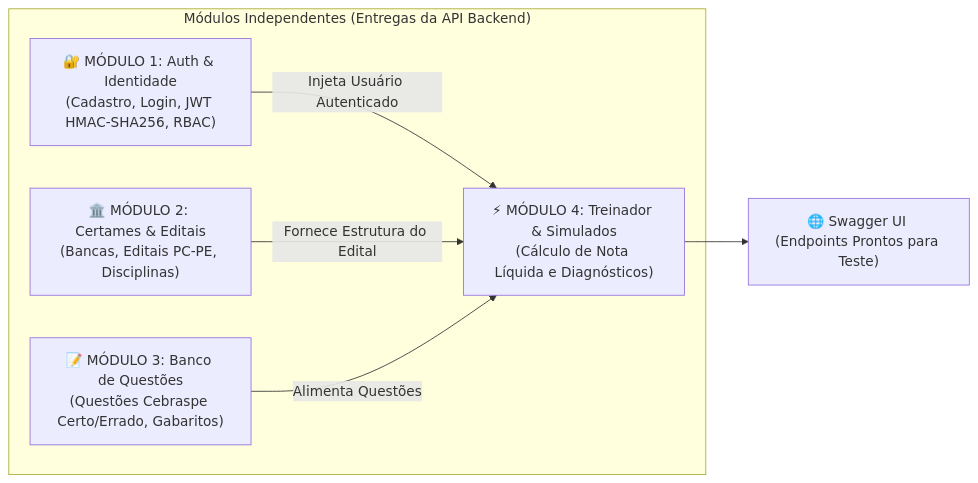
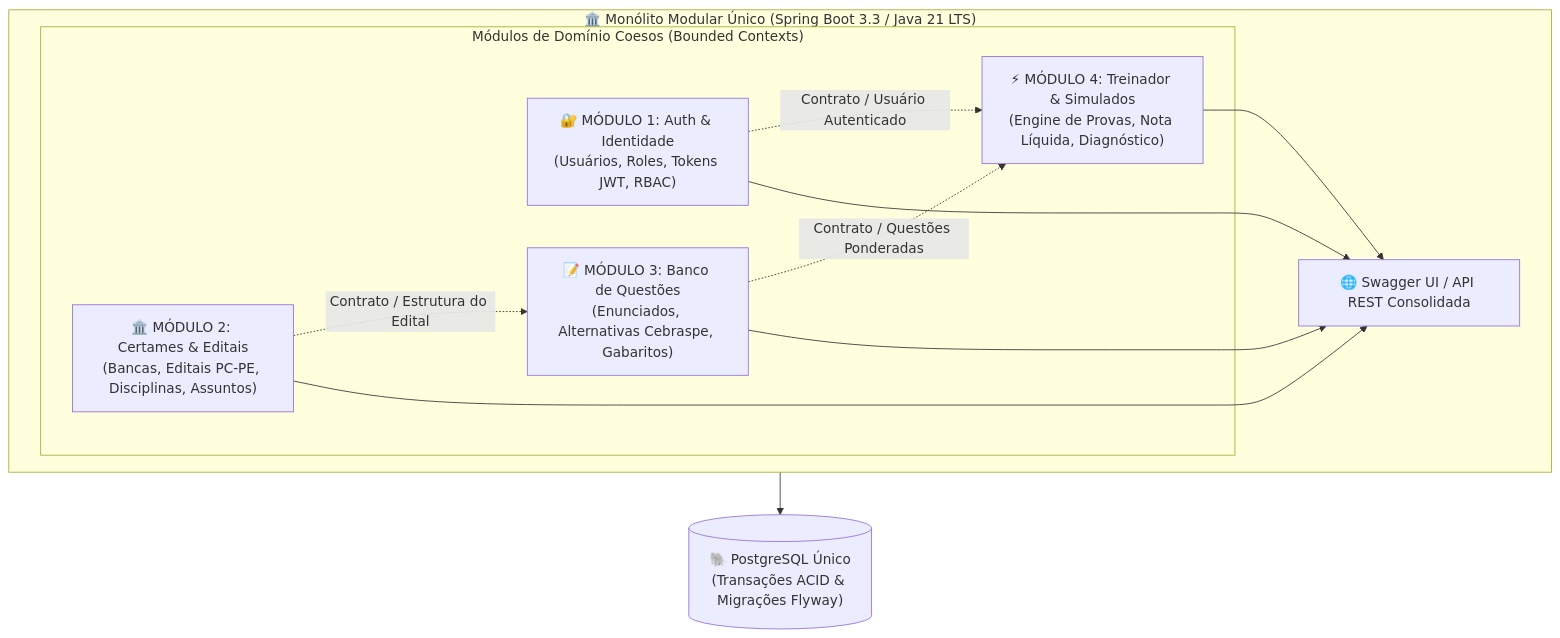
One commit to rngolima/operacao-aprovacao changed the diagram in README.md. Above: the diagram before and after it, drawn with Mermaid. The commit also changed other lines of this file, not shown here.

Commit message:
docs/arch: explicitar arquitetura como Monolito Modular e fatias verticais no README

````diff
--- a/README.md
+++ b/README.md
@@ -43,14 +49,19 @@
 ```mermaid
-flowchart LR
-    subgraph "Módulos Independentes (Entregas da API Backend)"
-        M1["🔐 MÓDULO 1: Auth & Identidade<br/>(Cadastro, Login, JWT HMAC-SHA256, RBAC)"]
-        M2["🏛️ MÓDULO 2: Certames & Editais<br/>(Bancas, Editais PC-PE, Disciplinas)"]
-        M3["📝 MÓDULO 3: Banco de Questões<br/>(Questões Cebraspe Certo/Errado, Gabaritos)"]
-        M4["⚡ MÓDULO 4: Treinador & Simulados<br/>(Cálculo de Nota Líquida e Diagnósticos)"]
+flowchart TD
+    subgraph Monolito["🏛️ Monólito Modular Único (Spring Boot 3.3 / Java 21 LTS)"]
+        subgraph Modulos["Módulos de Domínio Coesos (Bounded Contexts)"]
+            M1["🔐 MÓDULO 1: Auth & Identidade<br/>(Usuários, Roles, Tokens JWT, RBAC)"]
+            M2["🏛️ MÓDULO 2: Certames & Editais<br/>(Bancas, Editais PC-PE, Disciplinas, Assuntos)"]
+            M3["📝 MÓDULO 3: Banco de Questões<br/>(Enunciados, Alternativas Cebraspe, Gabaritos)"]
+            M4["⚡ MÓDULO 4: Treinador & Simulados<br/>(Engine de Provas, Nota Líquida, Diagnóstico)"]
+        end
+        
+        M1 -.->|Contrato / Usuário Autenticado| M4
+        M2 -.->|Contrato / Estrutura do Edital| M3
+        M3 -.->|Contrato / Questões Ponderadas| M4
+        
+        M1 & M2 & M3 & M4 --> Swagger["🌐 Swagger UI / API REST Consolidada"]
     end
     
-    M1 -->|Injeta Usuário Autenticado| M4
-    M2 -->|Fornece Estrutura do Edital| M4
-    M3 -->|Alimenta Questões| M4
-    M4 --> Swagger["🌐 Swagger UI (Endpoints Prontos para Teste)"]
+    Monolito --> DB[("🐘 PostgreSQL Único<br/>(Transações ACID & Migrações Flyway)")]
 ```
````
